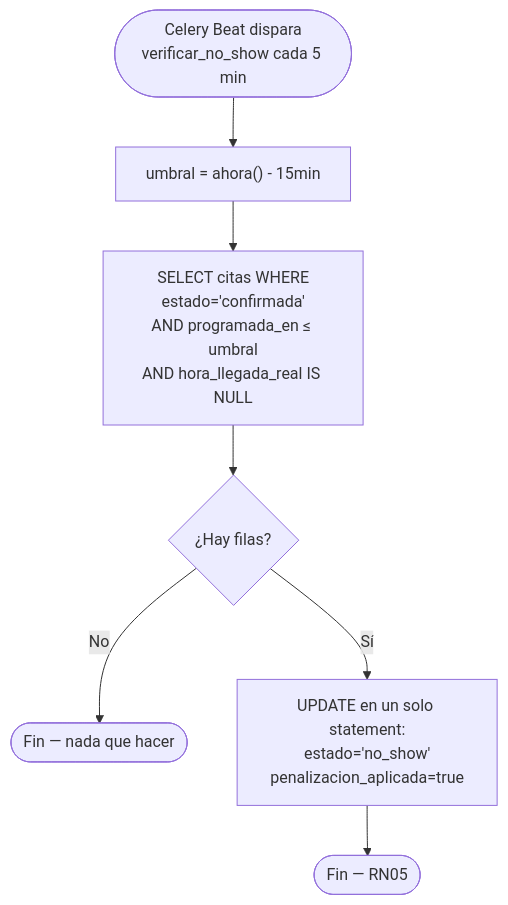
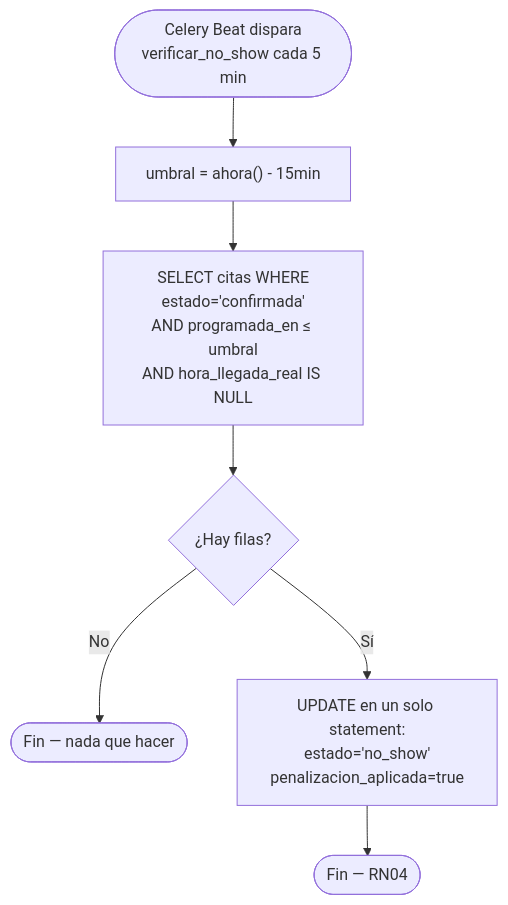
One commit to Alezzandromv/welve changed the third of 6 diagrams in docs/tesis/06_DIAGRAMAS_DE_ACTIVIDAD.md. Above: the diagram before and after it, drawn with Mermaid. The commit also changed other lines of this file and 73 other files, not shown here.

````diff
--- a/docs/tesis/06_DIAGRAMAS_DE_ACTIVIDAD.md
+++ b/docs/tesis/06_DIAGRAMAS_DE_ACTIVIDAD.md
@@ -53,9 +53,9 @@
 ```mermaid
 flowchart TD
     Start(["Celery Beat dispara<br/>verificar_no_show cada 5 min"]) --> A["umbral = ahora() - 15min"]
     A --> B["SELECT citas WHERE<br/>estado='confirmada'<br/>AND programada_en ≤ umbral<br/>AND hora_llegada_real IS NULL"]
     B --> C{"¿Hay filas?"}
     C -->|No| End1([Fin — nada que hacer])
     C -->|Sí| D["UPDATE en un solo statement:<br/>estado='no_show'<br/>penalizacion_aplicada=true"]
-    D --> End2([Fin — RN05])
+    D --> End2([Fin — RN04])
 ```
````
